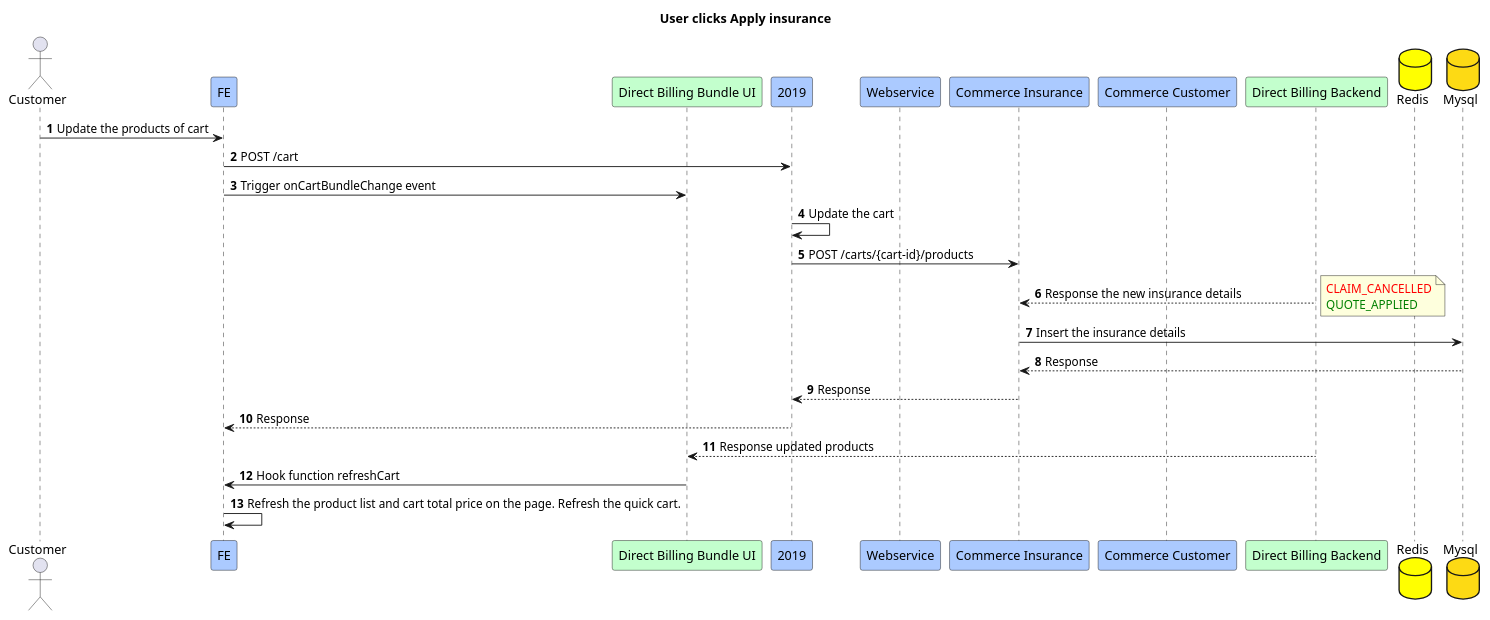
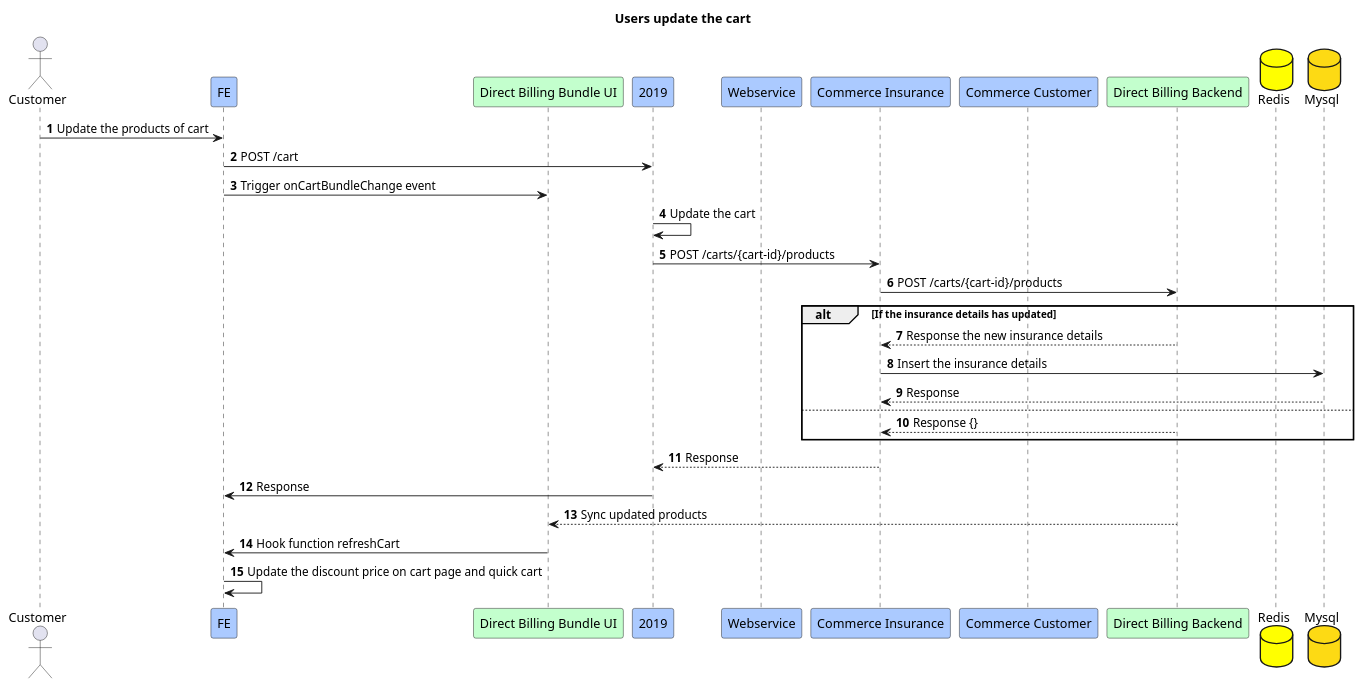
The diagram in 14.Customer changes the cart again.puml (Jayounger/EyeMed-Sequence-Diagram), drawn with PlantUML before and after one commit. The commit also changed 32 other files, not shown here.

```diff
--- a/14.Customer changes the cart again.puml
+++ b/14.Customer changes the cart again.puml
@@ -1,33 +1,35 @@
 @startuml
-title User clicks Apply insurance
+title Users update the cart
 actor Customer
 participant FE #abcaff
 participant "Direct Billing Bundle UI" #c3ffcd
 participant "2019" #abcaff
 participant "Webservice" #abcaff
 participant "Commerce Insurance" #abcaff
 participant "Commerce Customer" #abcaff
 participant "Direct Billing Backend" #c3ffcd
 database "Redis" #yellow
 database "Mysql" #fdda14
 
 autonumber
 Customer -> FE:Update the products of cart
 FE -> 2019:POST /cart
 FE -> "Direct Billing Bundle UI":Trigger onCartBundleChange event
+
 2019 -> 2019:Update the cart
 2019 -> "Commerce Insurance":POST /carts/{cart-id}/products
-"Direct Billing Backend" --> "Commerce Insurance":Response the new insurance details
-note right
-<font color=red>CLAIM_CANCELLED
-<font color=green>QUOTE_APPLIED
-end note
-"Commerce Insurance" -> "Mysql":Insert the insurance details
-"Mysql" --> "Commerce Insurance":Response
+"Commerce Insurance" -> "Direct Billing Backend":POST /carts/{cart-id}/products
+alt If the insurance details has updated
+    "Direct Billing Backend" --> "Commerce Insurance":Response the new insurance details
+    "Commerce Insurance" -> "Mysql":Insert the insurance details
+    "Mysql" --> "Commerce Insurance":Response
+else
+    "Direct Billing Backend" --> "Commerce Insurance":Response {}
+end
 "Commerce Insurance" --> 2019:Response
-"2019" --> FE:Response
-"Direct Billing Backend" --> "Direct Billing Bundle UI":Response updated products
+"2019" -> FE:Response
+"Direct Billing Backend" --> "Direct Billing Bundle UI":Sync updated products
 "Direct Billing Bundle UI" -> FE:Hook function refreshCart
-FE -> FE:Refresh the product list and cart total price on the page. Refresh the quick cart.
+FE -> FE:Update the discount price on cart page and quick cart
 
 @enduml
```
